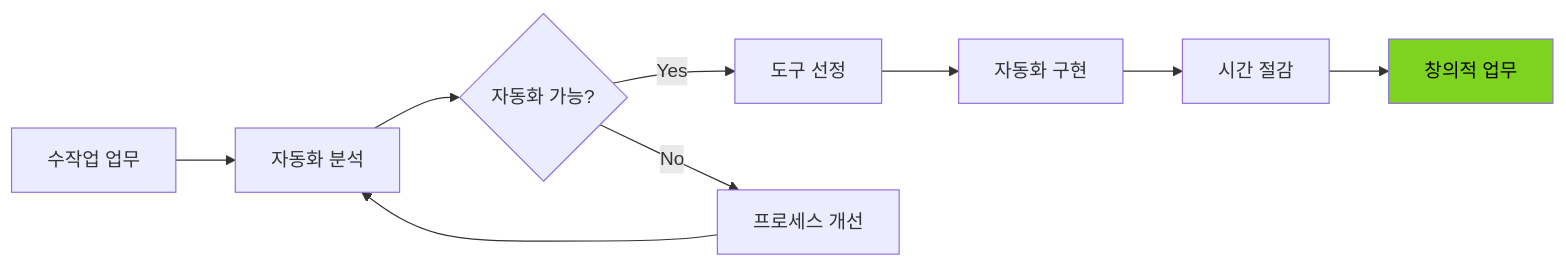
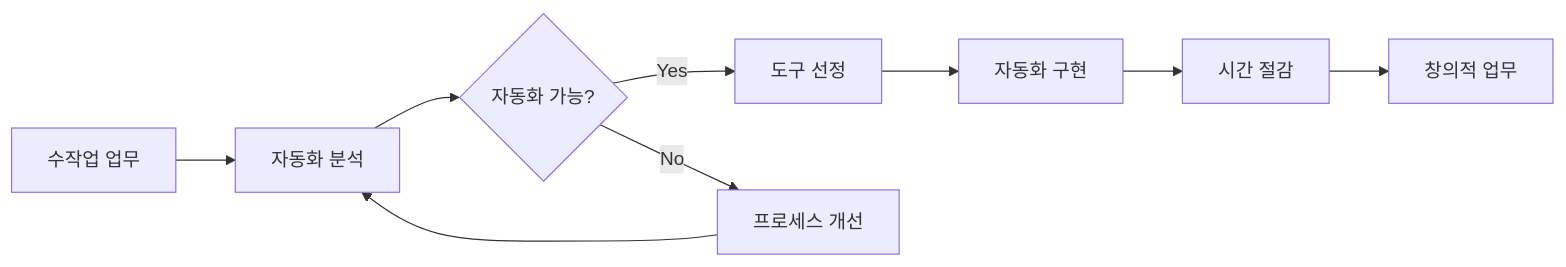
Diagram 11 of 23 in _md/genai-notion/chapter06/06-3.md (nugurejeil/weniVooks), drawn with Mermaid before and after one commit. The commit also changed other lines of this file and 187 other files, not shown here.

````diff
--- a/_md/genai-notion/chapter06/06-3.md
+++ b/_md/genai-notion/chapter06/06-3.md
@@ -352,16 +334,14 @@
 ```mermaid
 graph LR
     A[수작업 업무] --> B[자동화 분석]
     B --> C{자동화 가능?}
 
     C -->|Yes| D[도구 선정]
     C -->|No| E[프로세스 개선]
 
     D --> F[자동화 구현]
     E --> B
 
     F --> G[시간 절감]
     G --> H[창의적 업무]
-
-    style H fill:#7ED321,color:#000
 ```
````
